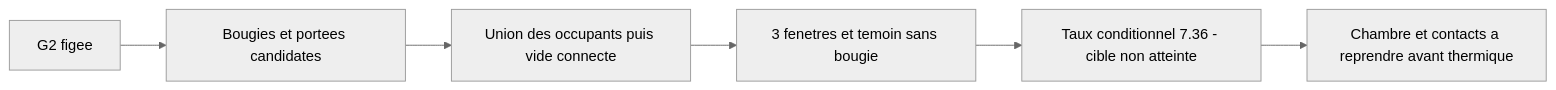
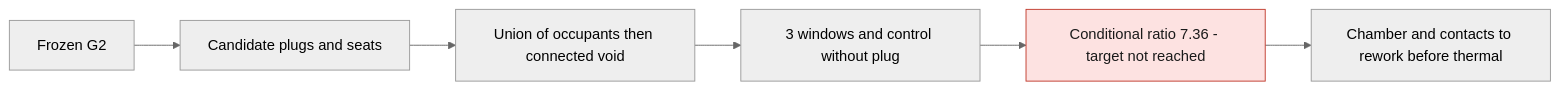
The diagram in docs/reports/M64_G2_SPARK_PLUG_PACKAGING_20260924.md (cluster2600/porscheparts), drawn with Mermaid (neutral theme) before and after one commit. The commit also changed other lines of this file and 228 other files, not shown here.

````diff
--- a/docs/reports/M64_G2_SPARK_PLUG_PACKAGING_20260924.md
+++ b/docs/reports/M64_G2_SPARK_PLUG_PACKAGING_20260924.md
@@ -64,8 +64,10 @@
 ```mermaid
 flowchart LR
-    A[G2 figee] --> B[Bougies et portees candidates]
-    B --> C[Union des occupants puis vide connecte]
-    C --> D[3 fenetres et temoin sans bougie]
-    D --> E[Taux conditionnel 7.36 - cible non atteinte]
-    E --> F[Chambre et contacts a reprendre avant thermique]
+    A[Frozen G2] --> B[Candidate plugs and seats]
+    B --> C[Union of occupants then connected void]
+    C --> D[3 windows and control without plug]
+    D --> E[Conditional ratio 7.36 - target not reached]
+    E --> F[Chamber and contacts to rework before thermal]
+    classDef stop fill:#fde2e1,stroke:#c0392b,color:#1a1a1a;
+    class E stop;
 ```
````
